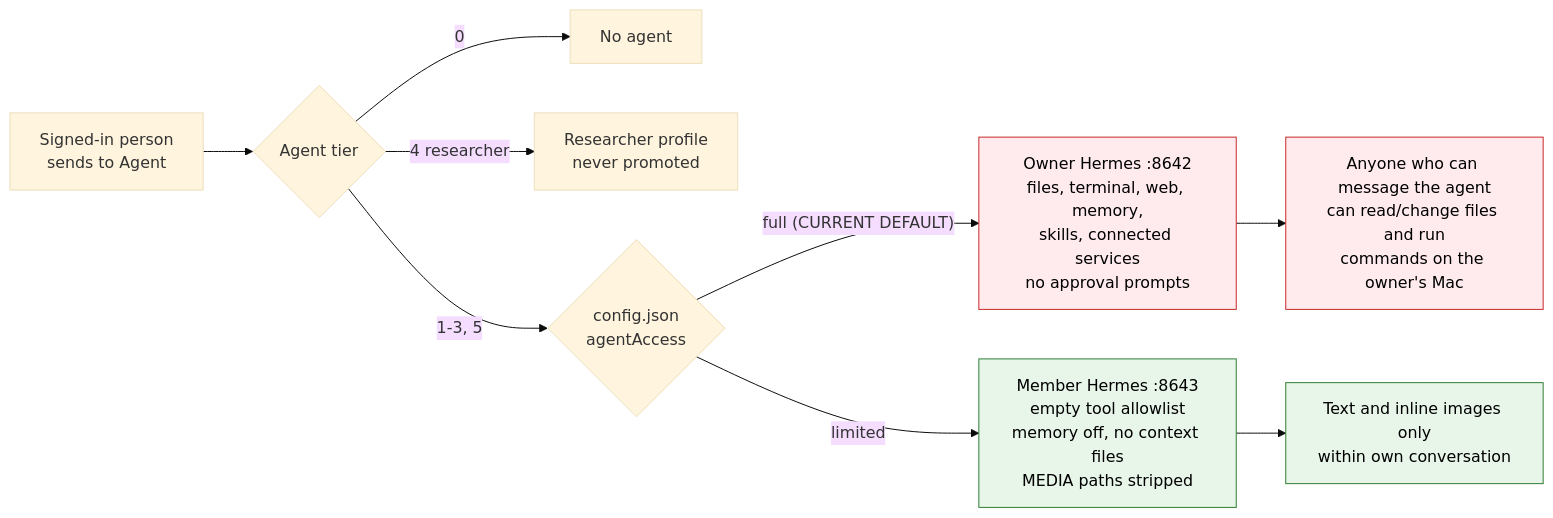
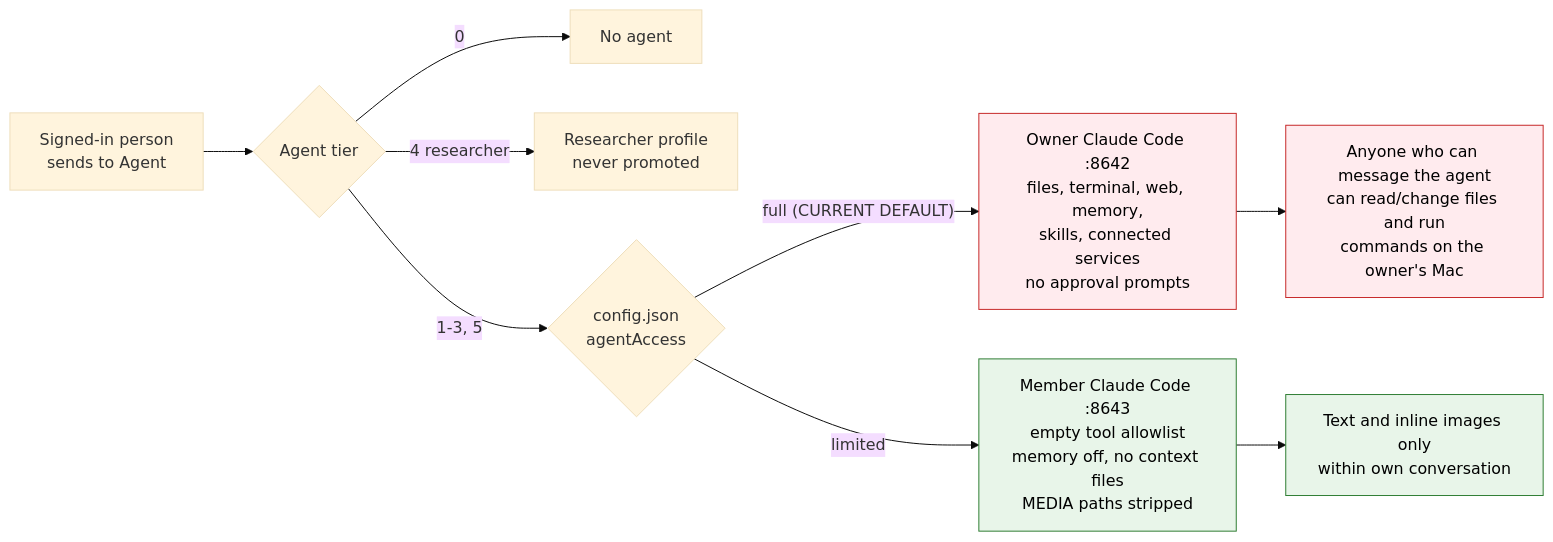
Before and after one commit to slavingia/servant: the diagram in docs/security-architecture/04-agent-access.mmd, drawn with Mermaid (base theme). The commit also changed 17 other files, not shown here.

Commit message:
Security architecture diagrams: label the agent Claude Code

```diff
--- a/docs/security-architecture/04-agent-access.mmd
+++ b/docs/security-architecture/04-agent-access.mmd
@@ -1,12 +1,12 @@
 flowchart LR
   REQ["Signed-in person<br/>sends to Agent"] --> TIER{"Agent tier"}
   TIER -- "0" --> NONE["No agent"]
   TIER -- "4 researcher" --> RS["Researcher profile<br/>never promoted"]
   TIER -- "1-3, 5" --> ACC{"config.json<br/>agentAccess"}
-  ACC -- "full (CURRENT DEFAULT)" --> FULL["Owner Hermes :8642<br/>files, terminal, web, memory,<br/>skills, connected services<br/>no approval prompts"]
-  ACC -- "limited" --> LIM["Member Hermes :8643<br/>empty tool allowlist<br/>memory off, no context files<br/>MEDIA paths stripped"]
+  ACC -- "full (CURRENT DEFAULT)" --> FULL["Owner Claude Code :8642<br/>files, terminal, web, memory,<br/>skills, connected services<br/>no approval prompts"]
+  ACC -- "limited" --> LIM["Member Claude Code :8643<br/>empty tool allowlist<br/>memory off, no context files<br/>MEDIA paths stripped"]
   FULL --> RISK["Anyone who can message the agent<br/>can read/change files and run<br/>commands on the owner's Mac"]
   LIM --> SAFE["Text and inline images only<br/>within own conversation"]
   classDef risk fill:#ffebee,stroke:#c62828,color:#000;
   classDef ok fill:#e8f5e9,stroke:#2e7d32,color:#000;
   class FULL,RISK risk; class LIM,SAFE ok;
```
